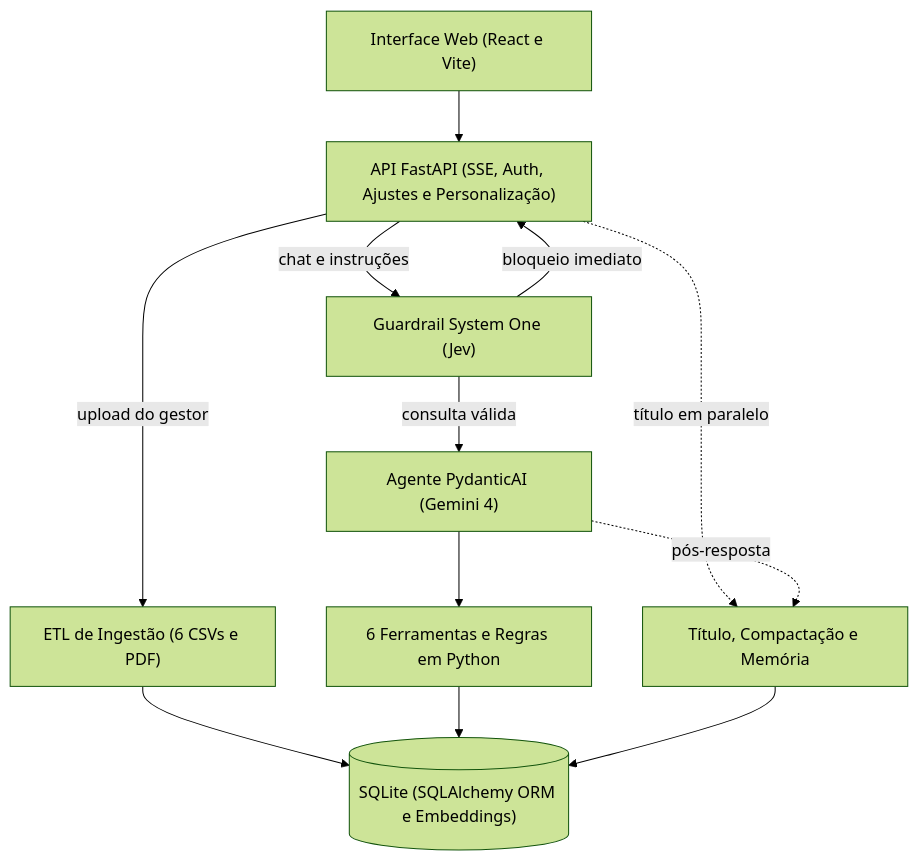
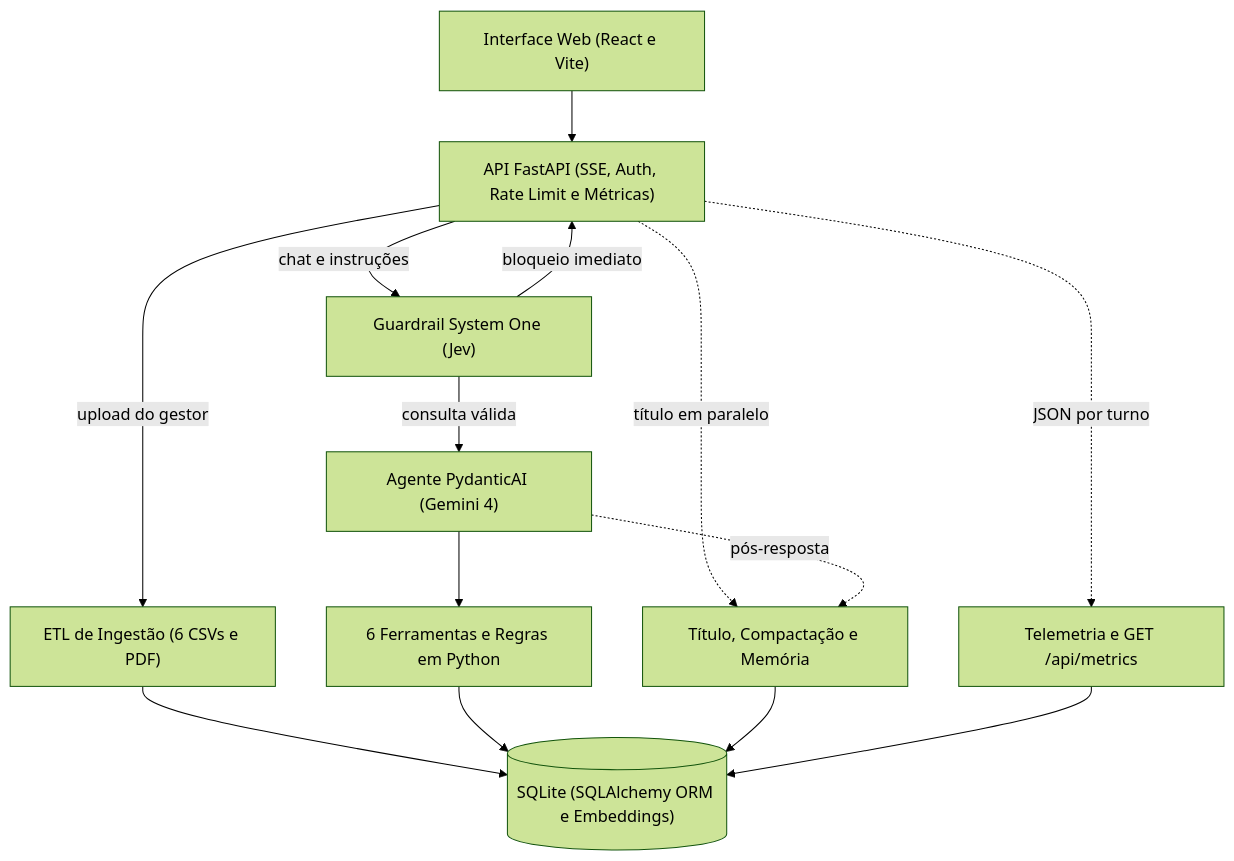
The diagram in README.md (diogo-artefact/desafio-ai-engineer-artefact), drawn with Mermaid (forest theme) before and after one commit. The commit also changed other lines of this file and 6 other files, not shown here.

````diff
--- a/README.md
+++ b/README.md
@@ -64,17 +77,19 @@
 ```mermaid
 flowchart TD
-    UI["Interface Web (React e Vite)"] --> API["API FastAPI (SSE, Auth, Ajustes e Personalização)"]
+    UI["Interface Web (React e Vite)"] --> API["API FastAPI (SSE, Auth, Rate Limit e Métricas)"]
 
     API -->|chat e instruções| JEV["Guardrail System One (Jev)"]
     JEV -->|bloqueio imediato| API
     JEV -->|consulta válida| AGENT["Agente PydanticAI (Gemini 4)"]
 
     AGENT --> TOOLS["6 Ferramentas e Regras em Python"]
     API -.->|título em paralelo| MEM["Título, Compactação e Memória"]
     AGENT -.->|pós-resposta| MEM
+    API -.->|JSON por turno| OBS["Telemetria e GET /api/metrics"]
 
     API -->|upload do gestor| ETL["ETL de Ingestão (6 CSVs e PDF)"]
     ETL --> DB[("SQLite (SQLAlchemy ORM e Embeddings)")]
     TOOLS --> DB
     MEM --> DB
+    OBS --> DB
 ```
````
